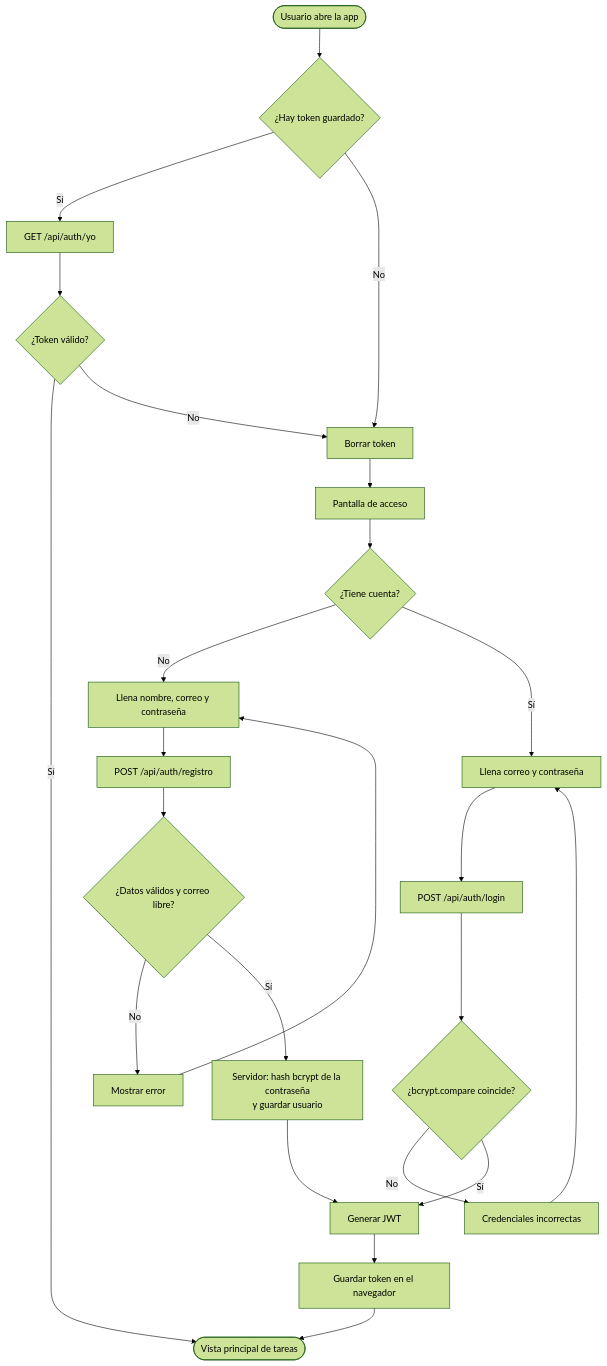
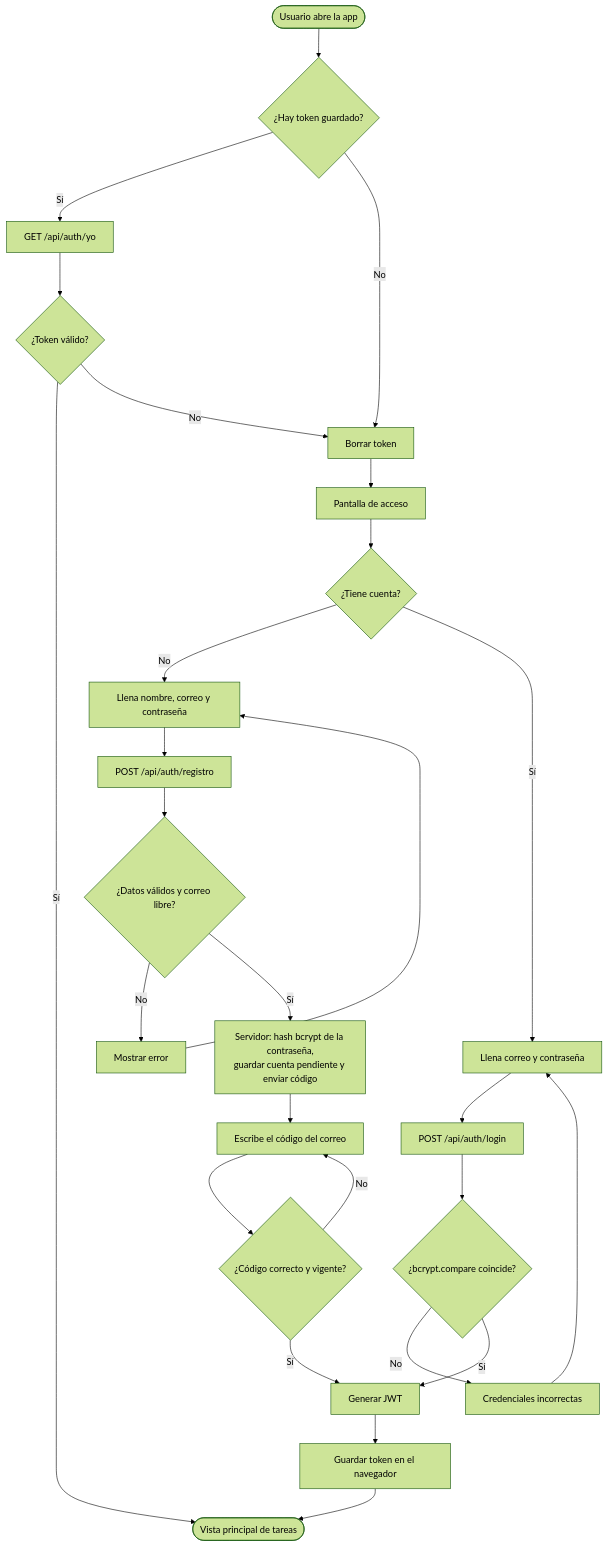
One commit to Luis1052948713/gestor-tareas changed the second of 5 diagrams in docs/01-planificacion-y-diseno.md. Above: the diagram before and after it, drawn with Mermaid (forest theme). The commit also changed 16 other files, not shown here.

First line of the commit message:
Agregar verificación de correo con código de 6 dígitos

````diff
--- a/docs/01-planificacion-y-diseno.md
+++ b/docs/01-planificacion-y-diseno.md
@@ -62,26 +62,29 @@
 ```mermaid
 flowchart TD
     A([Usuario abre la app]) --> B{¿Hay token guardado?}
     B -- Sí --> C[GET /api/auth/yo]
     C --> D{¿Token válido?}
     D -- Sí --> APP([Vista principal de tareas])
     D -- No --> E[Borrar token]
     B -- No --> E
     E --> F[Pantalla de acceso]
 
     F --> G{¿Tiene cuenta?}
     G -- No --> H[Llena nombre, correo y contraseña]
     H --> I[POST /api/auth/registro]
     I --> J{¿Datos válidos y correo libre?}
     J -- No --> K[Mostrar error] --> H
-    J -- Sí --> L[Servidor: hash bcrypt de la contraseña<br/>y guardar usuario]
-    L --> M[Generar JWT]
+    J -- Sí --> L[Servidor: hash bcrypt de la contraseña,<br/>guardar cuenta pendiente y enviar código]
+    L --> V[Escribe el código del correo]
+    V --> W{¿Código correcto y vigente?}
+    W -- No --> V
+    W -- Sí --> M[Generar JWT]
 
     G -- Sí --> N[Llena correo y contraseña]
     N --> O[POST /api/auth/login]
     O --> P{¿bcrypt.compare coincide?}
     P -- No --> Q["Credenciales incorrectas"] --> N
     P -- Sí --> M
 
     M --> R[Guardar token en el navegador] --> APP
 ```
````
